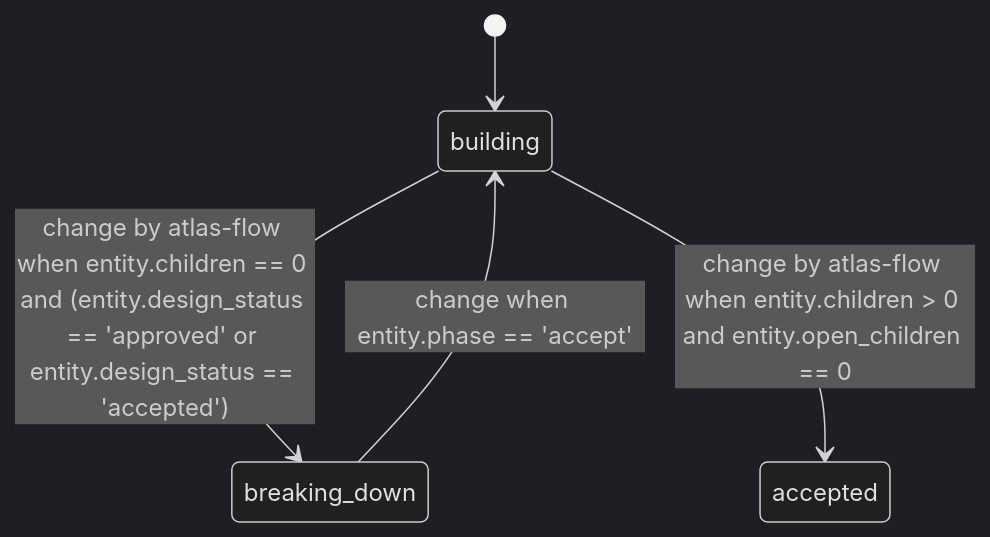
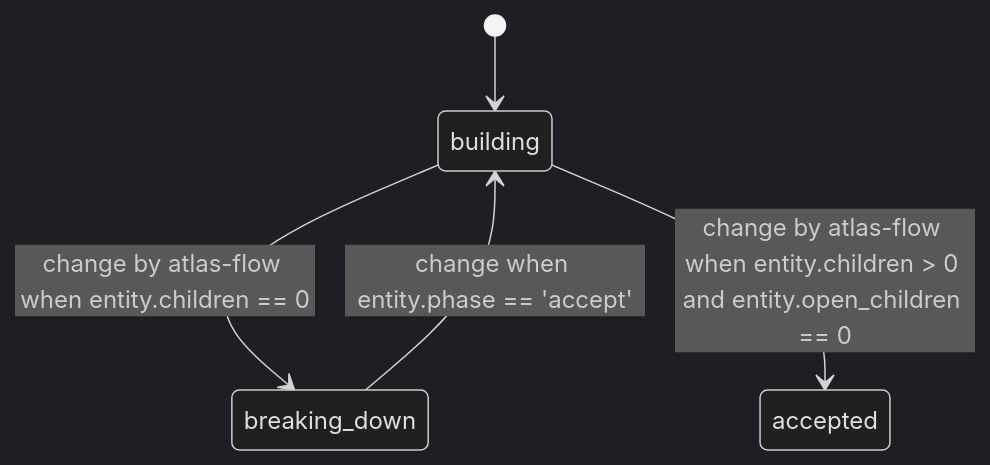
The diagram in products/software_factory/model/targets/diagrams/accept_use_case.md (mimbre/atlas), drawn with Mermaid (dark theme) before and after one commit. The commit also changed other lines of this file and 26 other files, not shown here.

Commit message:
Use cases are design: Scene → Use cases proposes designed use cases with the decisions read first; Use case → Issues; Issue → Pull request; the design flow goes

````diff
--- a/products/software_factory/model/targets/diagrams/accept_use_case.md
+++ b/products/software_factory/model/targets/diagrams/accept_use_case.md
@@ -6,10 +6,10 @@
 ```mermaid
 stateDiagram-v2
     state "building" as s0
     state "breaking_down" as s1
     state "accepted" as s2
     [*] --> s0
-    s0 --> s1: change by atlas-flow when entity.children == 0 and (entity.design_status == 'approved' or entity.design_status == 'accepted')
+    s0 --> s1: change by atlas-flow when entity.children == 0
     s0 --> s2: change by atlas-flow when entity.children #gt; 0 and entity.open_children == 0
     s1 --> s0: change when entity.phase == 'accept'
 ```
````
